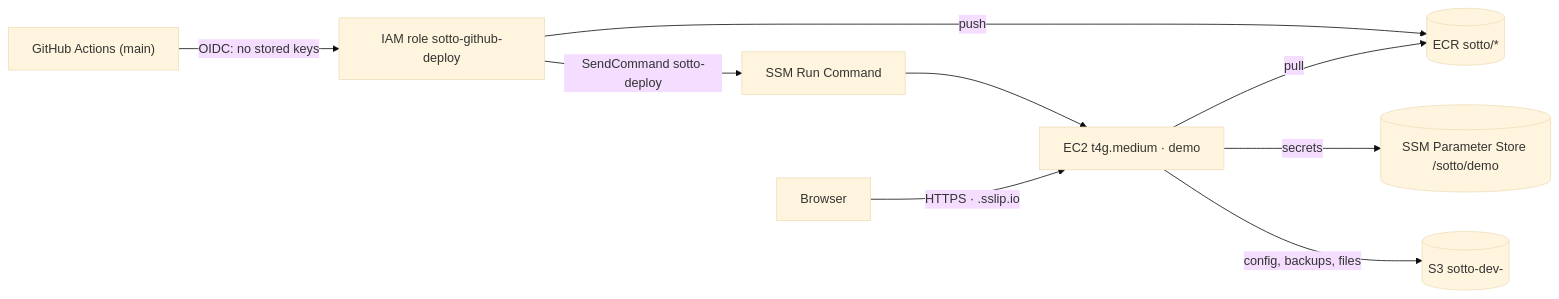
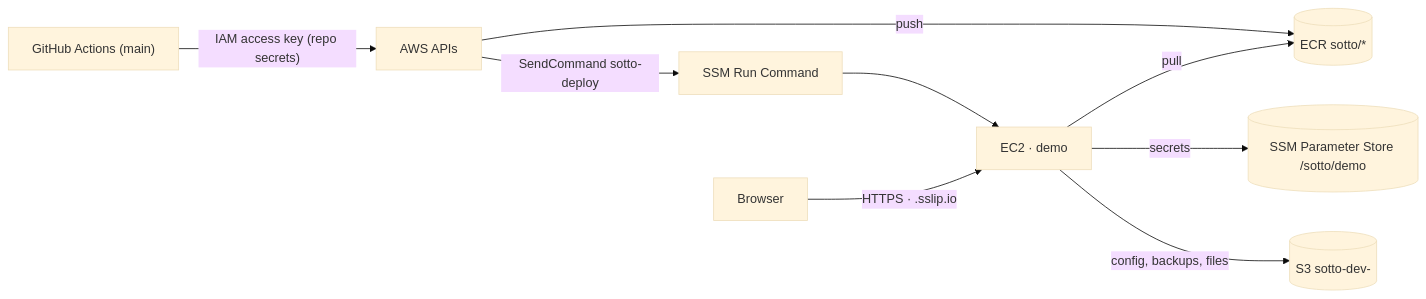
Before and after one commit to Harkanni/sotto-platform: the diagram in terraform/README.md, drawn with Mermaid (base theme). The commit also changed other lines of this file and 10 other files, not shown here.

First line of the commit message:
ci: CI/CD back on GitHub Actions (ADR 0034); remove the Jenkinsfile

````diff
--- a/terraform/README.md
+++ b/terraform/README.md
@@ -10,11 +10,11 @@
 ```mermaid
 flowchart LR
-  gh["GitHub Actions (main)"] -- "OIDC: no stored keys" --> role["IAM role sotto-github-deploy"]
-  role -- push --> ecr[("ECR sotto/*")]
-  role -- "SendCommand sotto-deploy" --> ssm["SSM Run Command"]
-  ssm --> demo["EC2 t4g.medium · demo"]
+  gh["GitHub Actions (main)"] -- "IAM access key (repo secrets)" --> aws["AWS APIs"]
+  aws -- push --> ecr[("ECR sotto/*")]
+  aws -- "SendCommand sotto-deploy" --> ssm["SSM Run Command"]
+  ssm --> demo["EC2 · demo"]
   demo -- pull --> ecr
   demo -- "secrets" --> params[("SSM Parameter Store /sotto/demo")]
   demo -- "config, backups, files" --> s3[("S3 sotto-dev-<account>")]
   users["Browser"] -- "HTTPS · <ip>.sslip.io" --> demo
 ```
````
